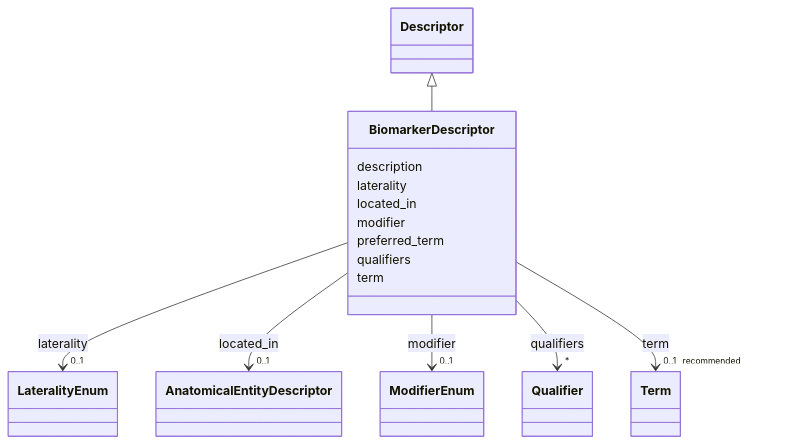
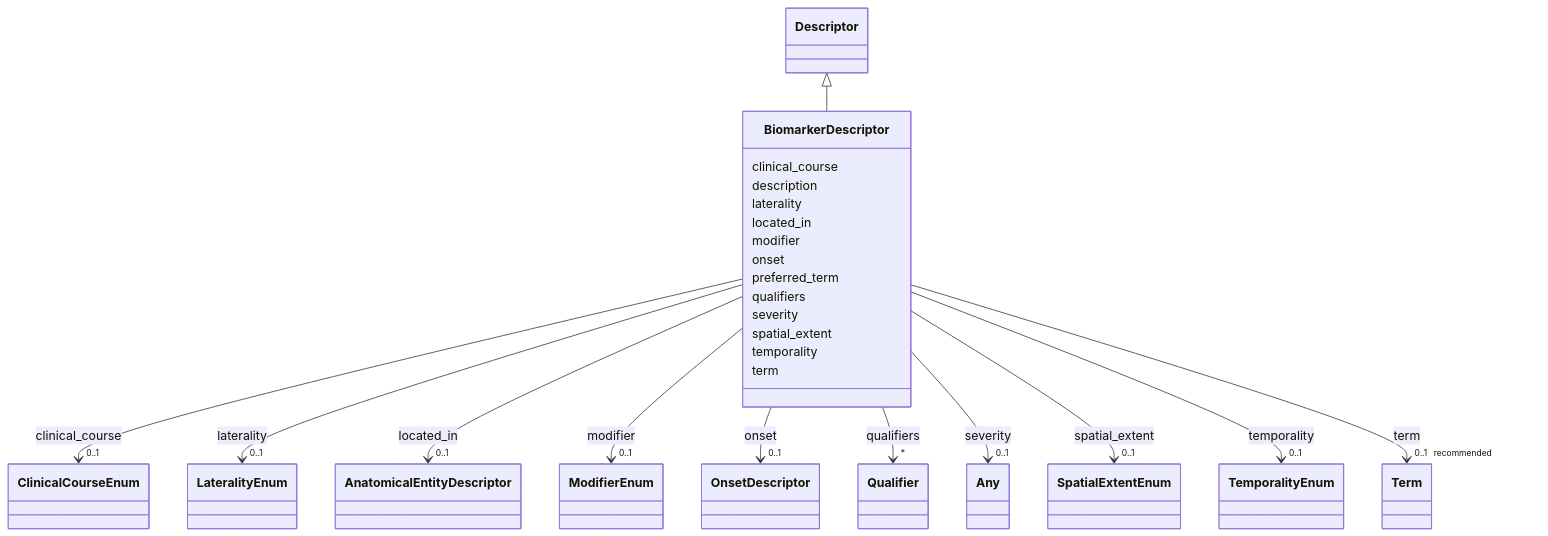
Before and after one commit to monarch-initiative/dismech: the diagram in docs/schema/classes/BiomarkerDescriptor.md, drawn with Mermaid. The commit also changed other lines of this file and 1343 other files, not shown here.

First line of the commit message:
docs: regenerate schema docs and point design-decisions link at rendered page

```diff
--- a/docs/schema/classes/BiomarkerDescriptor.md
+++ b/docs/schema/classes/BiomarkerDescriptor.md
@@ -22,6 +22,17 @@
       Descriptor <|-- BiomarkerDescriptor
         click Descriptor href "../../classes/Descriptor/"
       
+      BiomarkerDescriptor : clinical_course
+        
+          
+    
+        
+        
+        BiomarkerDescriptor --> "0..1" ClinicalCourseEnum : clinical_course
+        click ClinicalCourseEnum href "../../enums/ClinicalCourseEnum/"
+    
+
+        
       BiomarkerDescriptor : description
         
       BiomarkerDescriptor : laterality
@@ -57,6 +68,17 @@
     
 
         
+      BiomarkerDescriptor : onset
+        
+          
+    
+        
+        
+        BiomarkerDescriptor --> "0..1" OnsetDescriptor : onset
+        click OnsetDescriptor href "../../classes/OnsetDescriptor/"
+    
+
+        
       BiomarkerDescriptor : preferred_term
         
       BiomarkerDescriptor : qualifiers
@@ -67,6 +89,39 @@
         
         BiomarkerDescriptor --> "*" Qualifier : qualifiers
         click Qualifier href "../../classes/Qualifier/"
+    
+
+        
+      BiomarkerDescriptor : severity
+        
+          
+    
+        
+        
+        BiomarkerDescriptor --> "0..1" Any : severity
+        click Any href "../../classes/Any/"
+    
+
+        
+      BiomarkerDescriptor : spatial_extent
+        
+          
+    
+        
+        
+        BiomarkerDescriptor --> "0..1" SpatialExtentEnum : spatial_extent
+        click SpatialExtentEnum href "../../enums/SpatialExtentEnum/"
+    
+
+        
+      BiomarkerDescriptor : temporality
+        
+          
+    
+        
+        
+        BiomarkerDescriptor --> "0..1" TemporalityEnum : temporality
+        click TemporalityEnum href "../../enums/TemporalityEnum/"
     
 
         
```
